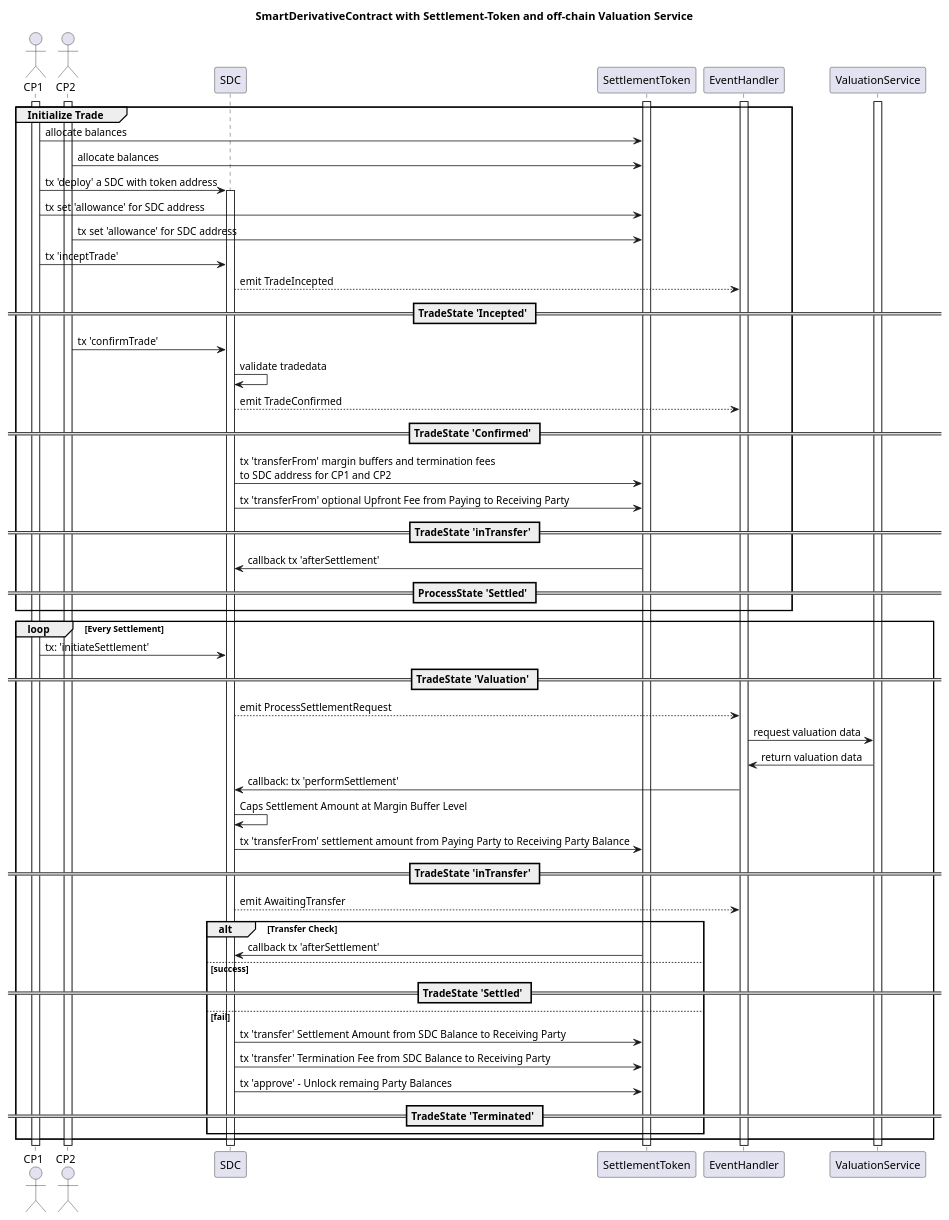
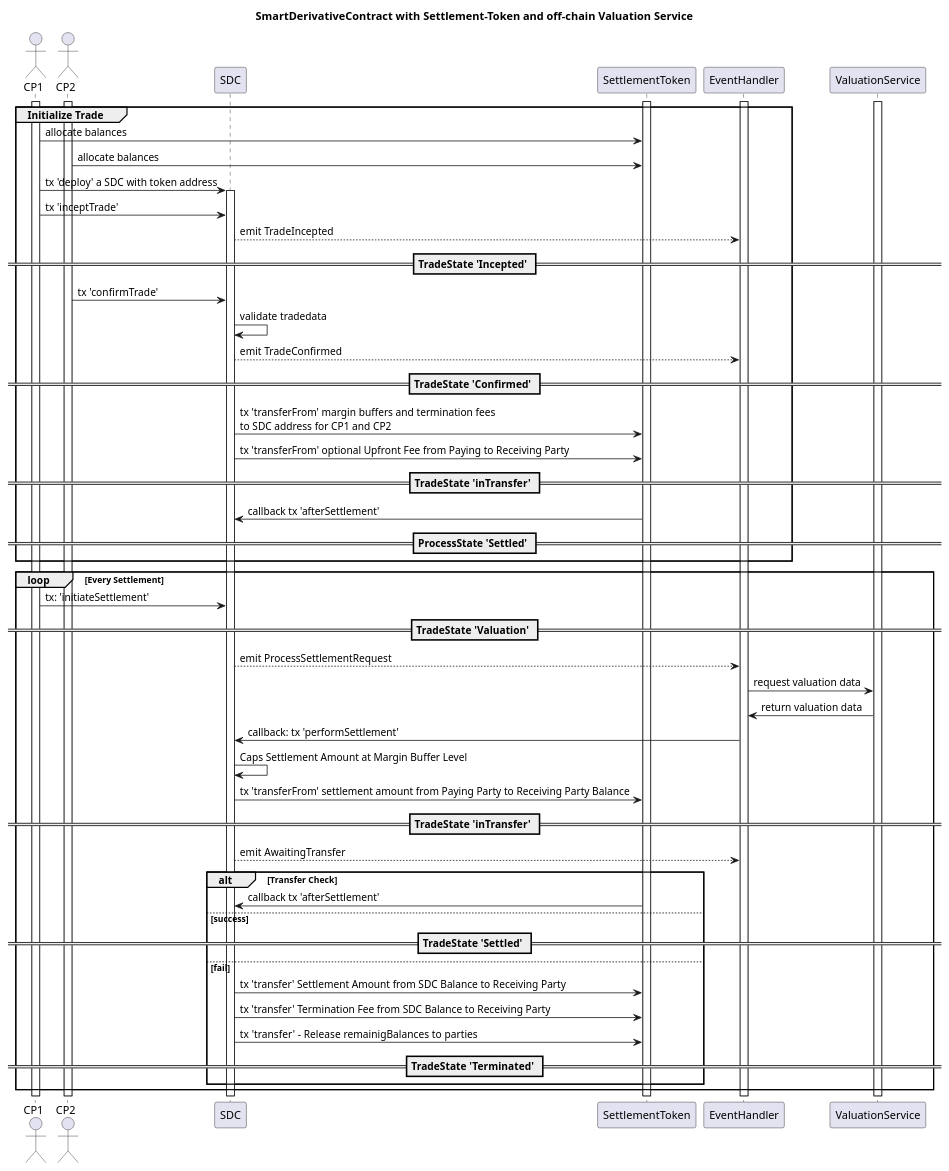
One commit to lxdao-official/eipfun changed the diagram in public/assets/erc-6123/doc/sequence.puml. Above: the diagram before and after it, drawn with PlantUML. The commit also changed 53 other files, not shown here.

```diff
--- a/public/assets/erc-6123/doc/sequence.puml
+++ b/public/assets/erc-6123/doc/sequence.puml
@@ -1,82 +1,80 @@
 @startuml
 'https://plantuml.com/sequence-diagram
 title SmartDerivativeContract with Settlement-Token and off-chain Valuation Service
 
 	actor CP1
 	actor CP2
 
 	participant SDC
 
     participant SettlementToken
 
 
 	participant EventHandler
 	participant ValuationService
 
 
 
 activate EventHandler
 activate SettlementToken
 activate ValuationService
 
 activate CP1
 activate CP2
 
 group Initialize Trade
 CP1 ->SettlementToken: allocate balances
 CP2 ->SettlementToken: allocate balances
 CP1 ->SDC: tx 'deploy' a SDC with token address
 activate SDC
-CP1 ->SettlementToken: tx set 'allowance' for SDC address
-CP2 ->SettlementToken: tx set 'allowance' for SDC address
 CP1 ->SDC:                 tx 'inceptTrade'
 
 SDC-->EventHandler: emit TradeIncepted
 == TradeState 'Incepted' ==
 CP2->SDC: tx 'confirmTrade'
 SDC->SDC: validate tradedata
 
 SDC-->EventHandler: emit TradeConfirmed
 
 == TradeState 'Confirmed' ==
 
 SDC ->SettlementToken: tx 'transferFrom' margin buffers and termination fees\nto SDC address for CP1 and CP2
 SDC->SettlementToken: tx 'transferFrom' optional Upfront Fee from Paying to Receiving Party
 ==  TradeState 'inTransfer' ==
 SettlementToken->SDC: callback tx 'afterSettlement'
 ==ProcessState 'Settled' ==
 
 end
 
 loop Every Settlement
 
 
 CP1->SDC: tx: 'initiateSettlement'
 
 == TradeState 'Valuation' ==
 SDC-->EventHandler:emit ProcessSettlementRequest
 
 EventHandler->ValuationService: request valuation data
 ValuationService->EventHandler: return valuation data
 EventHandler->SDC: callback: tx 'performSettlement'
 SDC->SDC:Caps Settlement Amount at Margin Buffer Level
 SDC->SettlementToken: tx 'transferFrom' settlement amount from Paying Party to Receiving Party Balance
 == TradeState 'inTransfer' ==
 SDC-->EventHandler: emit AwaitingTransfer
 
 alt Transfer Check
 	SettlementToken->SDC: callback tx 'afterSettlement'
 else success
 == TradeState 'Settled' ==
 else fail
 	SDC->SettlementToken: tx 'transfer' Settlement Amount from SDC Balance to Receiving Party
 	SDC->SettlementToken: tx 'transfer' Termination Fee from SDC Balance to Receiving Party
-    	SDC->SettlementToken: tx 'approve' - Unlock remaing Party Balances
+    	SDC->SettlementToken: tx 'transfer' - Release  remainigBalances to parties
 
 == TradeState 'Terminated' ==
 end
 
 
 end
 
 @enduml
```
